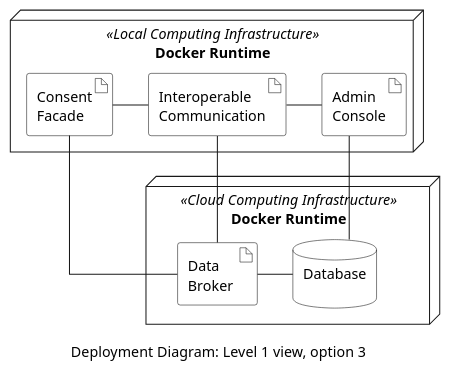
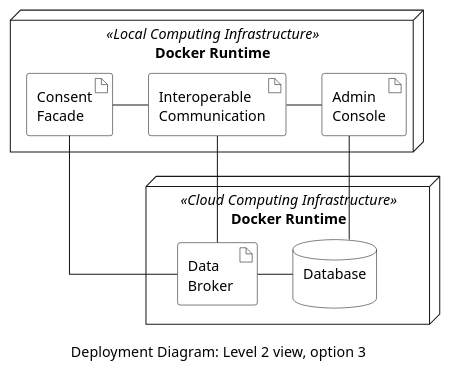
One commit to eddie-energy/architecture changed the diagram in arc42/07-deployment-view/figures/deployment-diagram-option-3.puml. Above: the diagram before and after it, drawn with PlantUML. The commit also changed 48 other files, not shown here.

```diff
--- a/arc42/07-deployment-view/figures/deployment-diagram-option-3.puml
+++ b/arc42/07-deployment-view/figures/deployment-diagram-option-3.puml
@@ -1,45 +1,45 @@
 @startuml deployment-diagram-option-3
 'deployment diagram
-caption Deployment Diagram: Level 1 view, option 3
+caption Deployment Diagram: Level 2 view, option 3
 
 skinparam linetype ortho
 skinparam interface {
   backgroundColor transparent
   borderColor black
 }
 skinparam artifact{
   BorderColor black
   BackgroundColor transparent
 }
 skinparam actor{
   BorderColor black
   BackgroundColor transparent
 }
 skinparam database{
   BorderColor black
   BackgroundColor transparent
 }
 skinparam rectangle{
   BorderColor transparent
   BackgroundColor transparent
   FontColor transparent
 }
 
   node "Docker Runtime" <<Local Computing Infrastructure>> as local {    
     artifact "Consent\nFacade" as consentFacade
     artifact "Interoperable\nCommunication" as comm
     artifact "Admin\nConsole" as adminConsole
   }
   node "Docker Runtime" <<Cloud Computing Infrastructure>> as org {    
     artifact "Data\nBroker " as broker
     database "Database\n" as database
   }
 
   consentFacade -right- comm
   adminConsole -left- comm
   consentFacade -down- broker
   database -left- broker
   comm -down- broker
   adminConsole -down- database
 
 @enduml
```
